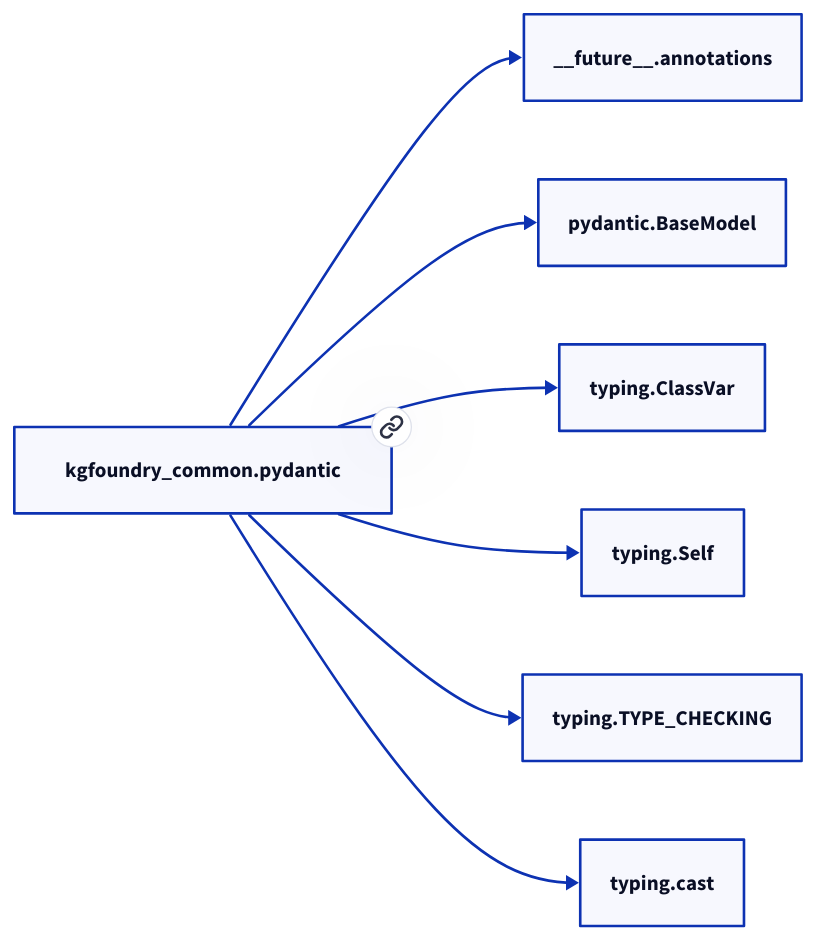
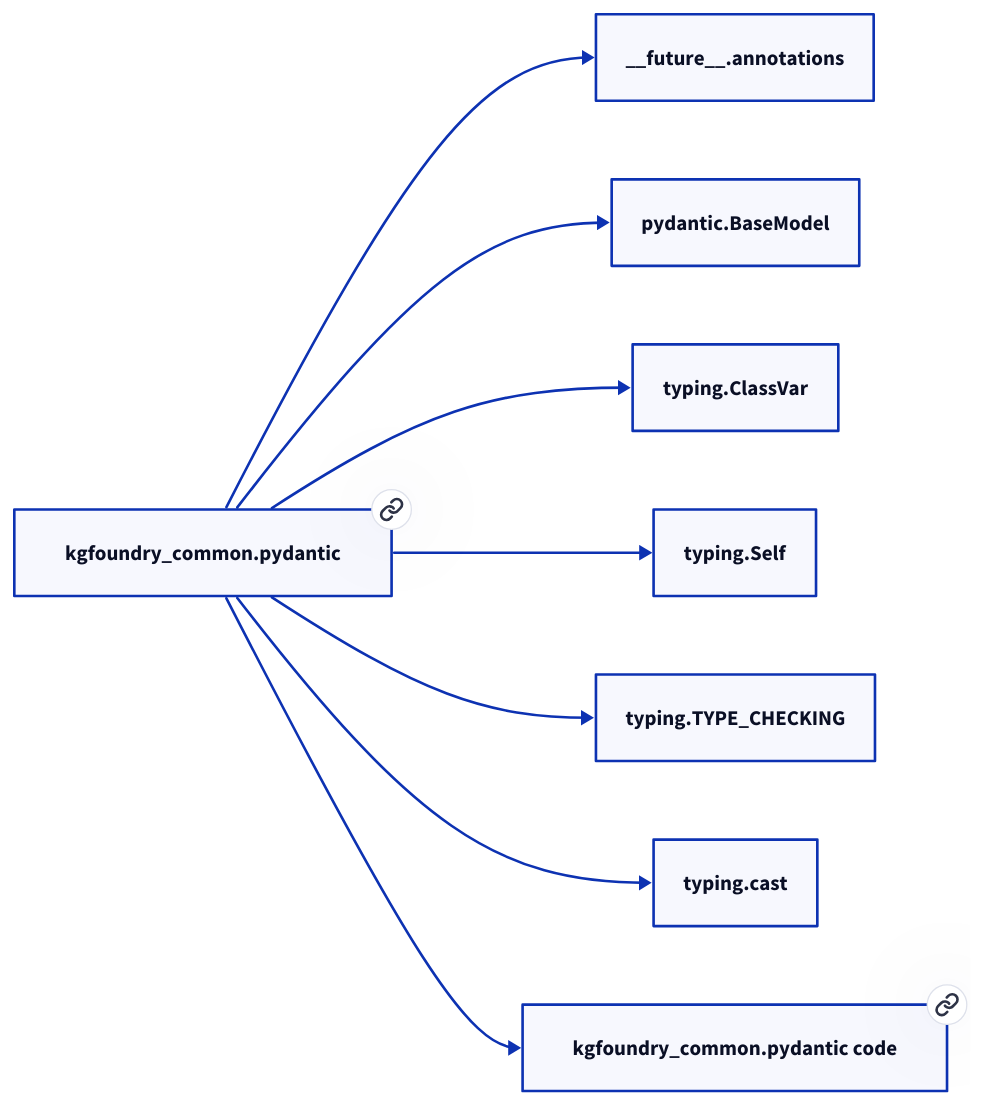
Before and after one commit to paul-heyse/kgforge: the second of 2 diagrams in docs/modules/kgfoundry_common/pydantic.md, drawn with D2. The commit also changed other lines of this file and 319 other files, not shown here.

````diff
--- a/docs/modules/kgfoundry_common/pydantic.md
+++ b/docs/modules/kgfoundry_common/pydantic.md
@@ -32,16 +34,18 @@
 ```d2
 direction: right
-"kgfoundry_common.pydantic": "kgfoundry_common.pydantic" { link: "pydantic.md" }
+"kgfoundry_common.pydantic": "kgfoundry_common.pydantic" { link: "./kgfoundry_common/pydantic.md" }
 "__future__.annotations": "__future__.annotations"
 "kgfoundry_common.pydantic" -> "__future__.annotations"
 "pydantic.BaseModel": "pydantic.BaseModel"
 "kgfoundry_common.pydantic" -> "pydantic.BaseModel"
 "typing.ClassVar": "typing.ClassVar"
 "kgfoundry_common.pydantic" -> "typing.ClassVar"
 "typing.Self": "typing.Self"
 "kgfoundry_common.pydantic" -> "typing.Self"
 "typing.TYPE_CHECKING": "typing.TYPE_CHECKING"
 "kgfoundry_common.pydantic" -> "typing.TYPE_CHECKING"
 "typing.cast": "typing.cast"
 "kgfoundry_common.pydantic" -> "typing.cast"
+"kgfoundry_common.pydantic_code": "kgfoundry_common.pydantic code" { link: "https://github.com/kgfoundry/kgfoundry/blob/main/src/kgfoundry_common/pydantic.py" }
+"kgfoundry_common.pydantic" -> "kgfoundry_common.pydantic_code" { style: dashed }
 ```
````
